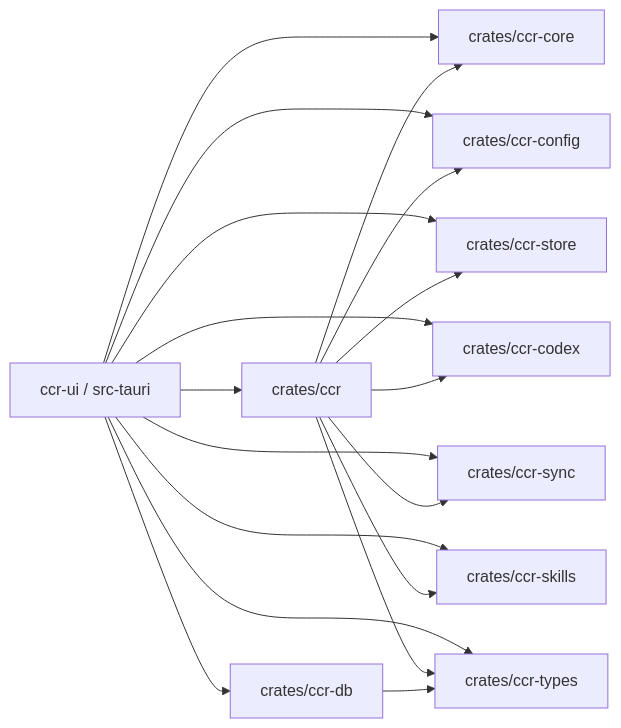
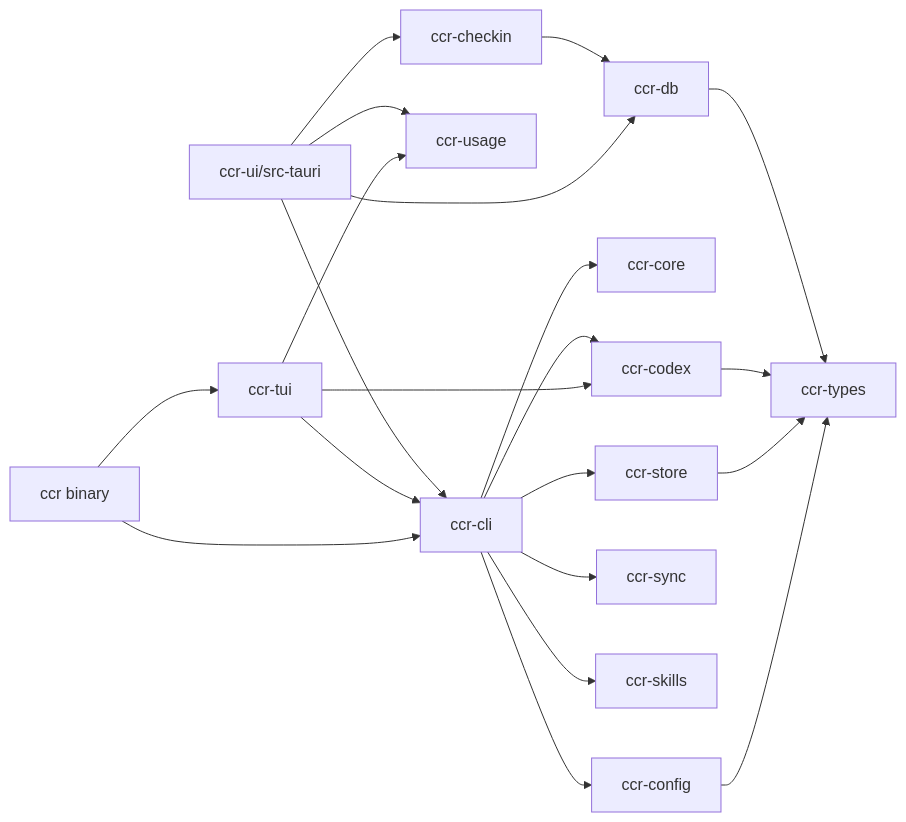
The diagram in docs/reference/architecture.md (bahayonghang/ccr), drawn with Mermaid before and after one commit. The commit also changed other lines of this file and 21 other files, not shown here.

````diff
--- a/docs/reference/architecture.md
+++ b/docs/reference/architecture.md
@@ -20,31 +27,23 @@
 ```mermaid
 flowchart LR
-  UI[ccr-ui / src-tauri]
-  CCR[crates/ccr]
-  CORE[crates/ccr-core]
-  CFG[crates/ccr-config]
-  STORE[crates/ccr-store]
-  CODEX[crates/ccr-codex]
-  SYNC[crates/ccr-sync]
-  SKILLS[crates/ccr-skills]
-  DB[crates/ccr-db]
-  TYPES[crates/ccr-types]
-
-  UI --> CCR
-  UI --> CORE
-  UI --> CFG
-  UI --> STORE
-  UI --> CODEX
-  UI --> SYNC
-  UI --> SKILLS
-  UI --> DB
-  UI --> TYPES
-  CCR --> CORE
-  CCR --> CFG
-  CCR --> STORE
-  CCR --> CODEX
-  CCR --> SYNC
-  CCR --> SKILLS
-  CCR --> TYPES
+  BIN[ccr binary] --> CLI[ccr-cli]
+  BIN --> TUI[ccr-tui]
+  TUI --> CLI
+  TUI --> CODEX[ccr-codex]
+  TUI --> USAGE[ccr-usage]
+  CLI --> CORE[ccr-core]
+  CLI --> CONFIG[ccr-config]
+  CLI --> STORE[ccr-store]
+  CLI --> CODEX
+  CLI --> SYNC[ccr-sync]
+  CLI --> SKILLS[ccr-skills]
+  DESKTOP[ccr-ui/src-tauri] --> CLI
+  DESKTOP --> DB[ccr-db]
+  DESKTOP --> CHECKIN[ccr-checkin]
+  DESKTOP --> USAGE
+  CHECKIN --> DB
+  CONFIG --> TYPES[ccr-types]
+  STORE --> TYPES
+  CODEX --> TYPES
   DB --> TYPES
 ```
````
